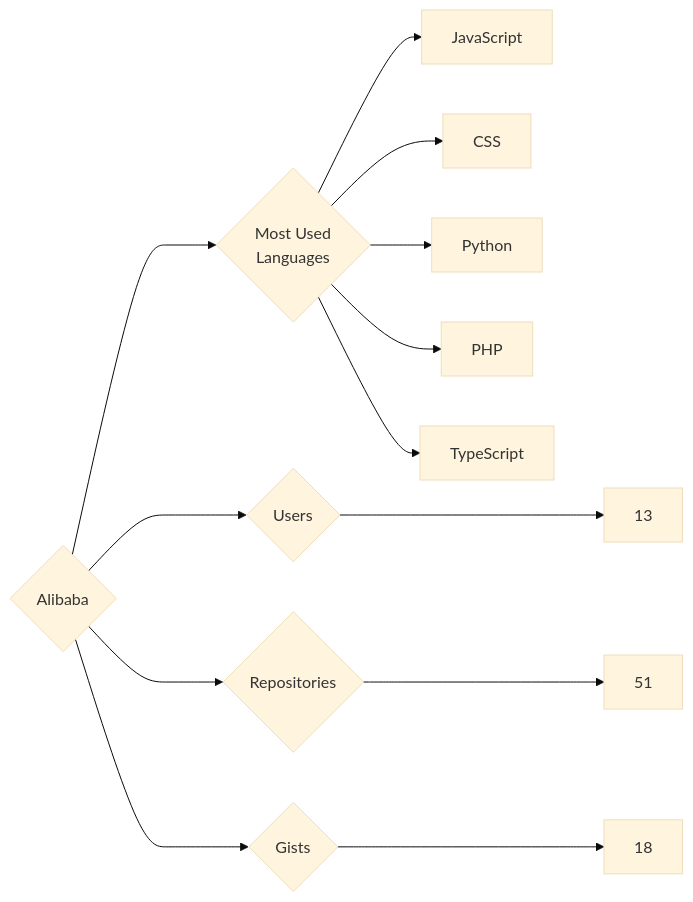
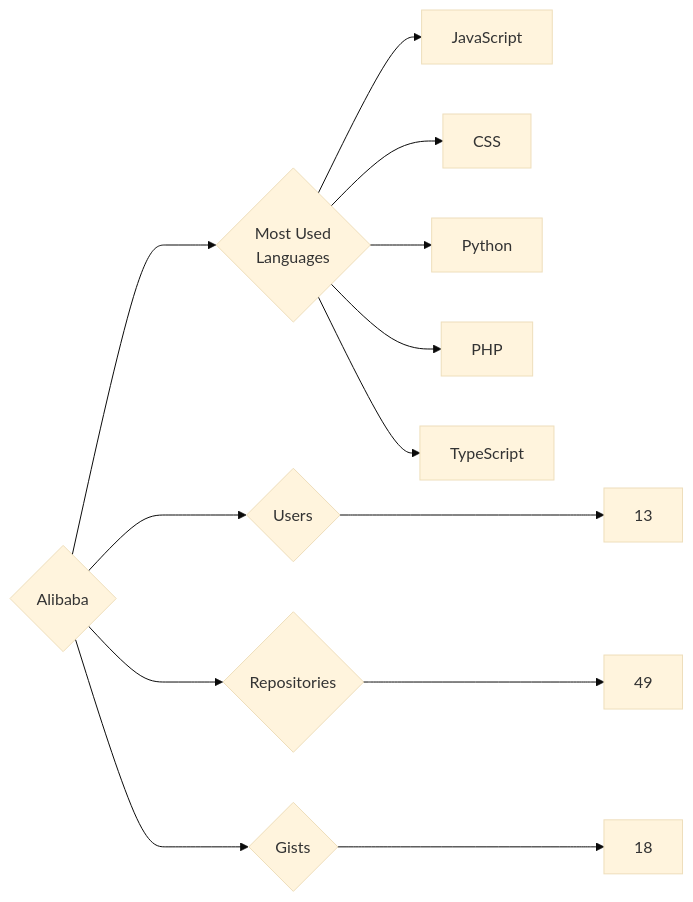
The diagram in targets/Alibaba/README.md (trickest/insiders), drawn with Mermaid (base theme) before and after one commit. The commit also changed 873 other files, not shown here.

````diff
--- a/targets/Alibaba/README.md
+++ b/targets/Alibaba/README.md
@@ -3,13 +3,13 @@
 ```mermaid
 graph LR
 COMPANY_NAME{Alibaba}
 COMPANY_NAME ---> U{Users} ---> UN[13]
-COMPANY_NAME ---> R{Repositories} ---> RN[51]
+COMPANY_NAME ---> R{Repositories} ---> RN[49]
 COMPANY_NAME ---> G{Gists} ---> GN[18]
 COMPANY_NAME ---> ML{Most Used<br>Languages}
 ML --> JavaScript[JavaScript]
 ML --> CSS[CSS]
 ML --> Python[Python]
 ML --> PHP[PHP]
 ML --> TypeScript[TypeScript]
 ```
````
